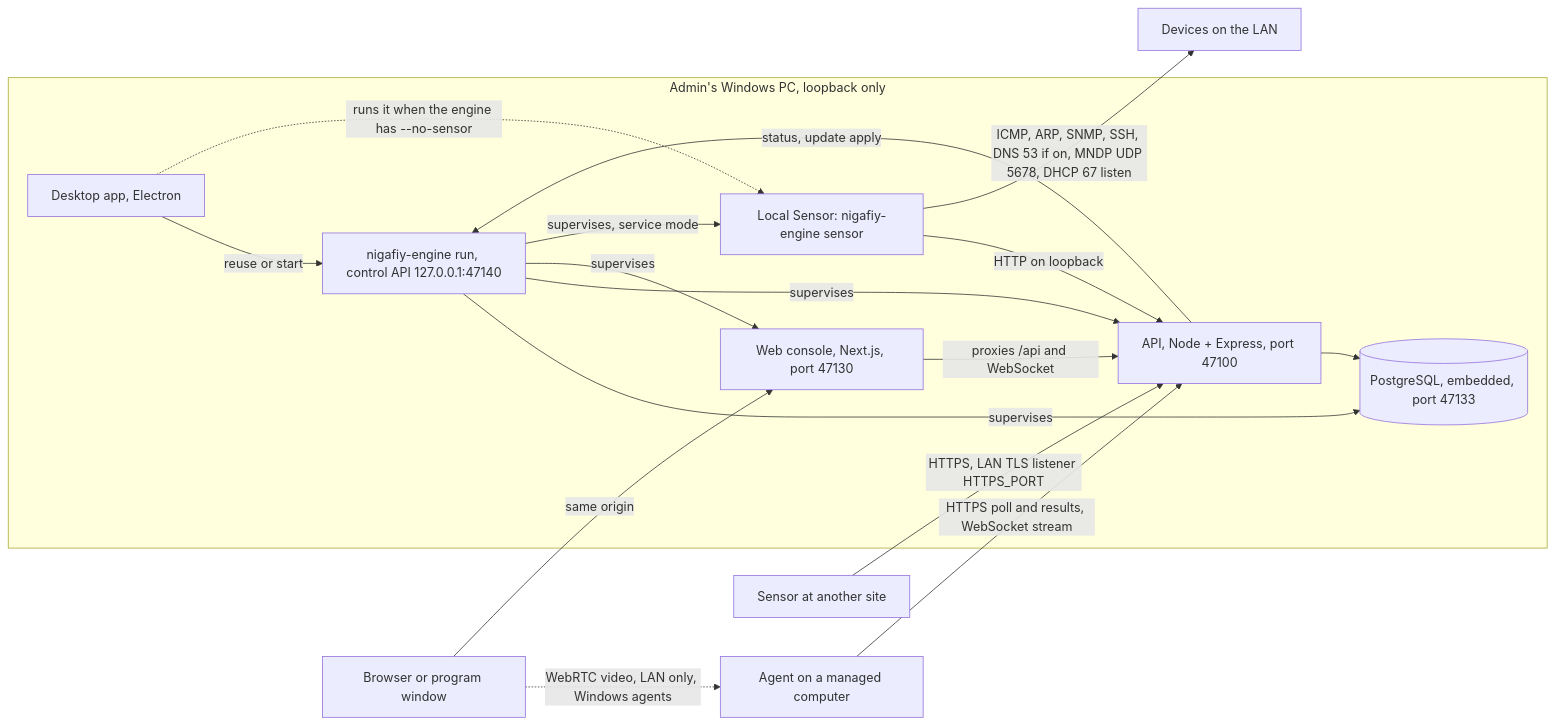
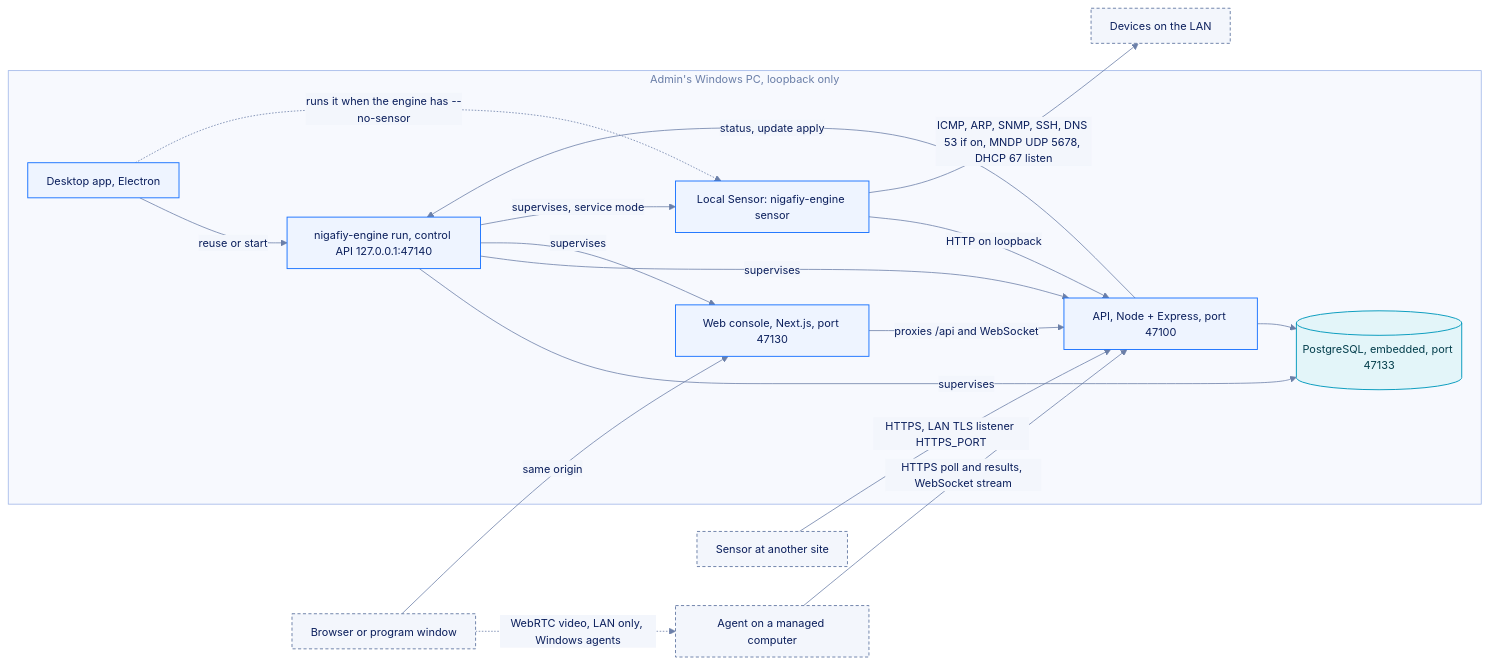
Before and after one commit to MKhattab7050/nigafiy-platform: the first of 11 diagrams in docs/architecture/flowcharts.md, drawn with Mermaid. The commit also changed other lines of this file, not shown here.

First line of the commit message:
Flowcharts: brand-themed Mermaid and the illustrated figures on top of the key sections

````diff
--- a/docs/architecture/flowcharts.md
+++ b/docs/architecture/flowcharts.md
@@ -29,30 +41,39 @@
 ```mermaid
+%%{init: {"theme": "base", "themeVariables": {"fontFamily": "-apple-system, BlinkMacSystemFont, Segoe UI, Noto Sans, Helvetica, Arial, sans-serif", "fontSize": "14px", "primaryColor": "#EEF4FF", "primaryTextColor": "#0B1F5C", "primaryBorderColor": "#1A73FF", "secondaryColor": "#F3F6FC", "tertiaryColor": "#FFFFFF", "lineColor": "#6B7FA8", "textColor": "#6B7FA8", "titleColor": "#6B7FA8", "clusterBkg": "#F7F9FE", "clusterBorder": "#9DB4E8", "edgeLabelBackground": "#F3F6FC", "actorBkg": "#EEF4FF", "actorBorder": "#1A73FF", "actorTextColor": "#0B1F5C", "actorLineColor": "#9DB4E8", "signalColor": "#6B7FA8", "signalTextColor": "#6B7FA8", "labelBoxBkgColor": "#EEF4FF", "labelBoxBorderColor": "#1A73FF", "labelTextColor": "#0B1F5C", "loopTextColor": "#6B7FA8", "noteBkgColor": "#FFF6E5", "noteBorderColor": "#C27C0E", "noteTextColor": "#5A3A05", "activationBkgColor": "#DCE8FF", "activationBorderColor": "#1A73FF", "sequenceNumberColor": "#FFFFFF"}, "flowchart": {"curve": "basis", "padding": 12}}}%%
 flowchart LR
   subgraph PC["Admin's Windows PC, loopback only"]
     DESK["Desktop app, Electron"]
     ENG["nigafiy-engine run, control API 127.0.0.1:47140"]
     DB[("PostgreSQL, embedded, port 47133")]
     API["API, Node + Express, port 47100"]
     WEB["Web console, Next.js, port 47130"]
     SEN["Local Sensor: nigafiy-engine sensor"]
   end
   BR["Browser or program window"]
   RS["Sensor at another site"]
   AG["Agent on a managed computer"]
   LAN["Devices on the LAN"]
   DESK -->|"reuse or start"| ENG
   DESK -.->|"runs it when the engine has --no-sensor"| SEN
   ENG -->|supervises| DB
   ENG -->|supervises| API
   ENG -->|supervises| WEB
   ENG -->|"supervises, service mode"| SEN
   BR -->|"same origin"| WEB
   WEB -->|"proxies /api and WebSocket"| API
   API --> DB
   API -->|"status, update apply"| ENG
   SEN -->|"HTTP on loopback"| API
   RS -->|"HTTPS, LAN TLS listener HTTPS_PORT"| API
   AG -->|"HTTPS poll and results, WebSocket stream"| API
   SEN -->|"ICMP, ARP, SNMP, SSH, DNS 53 if on, MNDP UDP 5678, DHCP 67 listen"| LAN
   BR -.->|"WebRTC video, LAN only, Windows agents"| AG
+  classDef default fill:#EEF4FF,stroke:#1A73FF,stroke-width:1.2px,color:#0B1F5C
+  classDef decision fill:#FFF6E5,stroke:#C27C0E,stroke-width:1.2px,color:#5A3A05
+  classDef data fill:#E3F5F9,stroke:#0099BC,stroke-width:1.2px,color:#053F4D
+  classDef external fill:#F3F6FC,stroke:#6B7FA8,stroke-width:1.2px,stroke-dasharray:4 3,color:#0B1F5C
+  classDef refused fill:#FDECEC,stroke:#D13438,stroke-width:1.2px,color:#7A1C1F
+  classDef good fill:#E8F5EA,stroke:#2E8540,stroke-width:1.2px,color:#17461F
+  class DB data
+  class BR,RS,AG,LAN external
 ```
````
